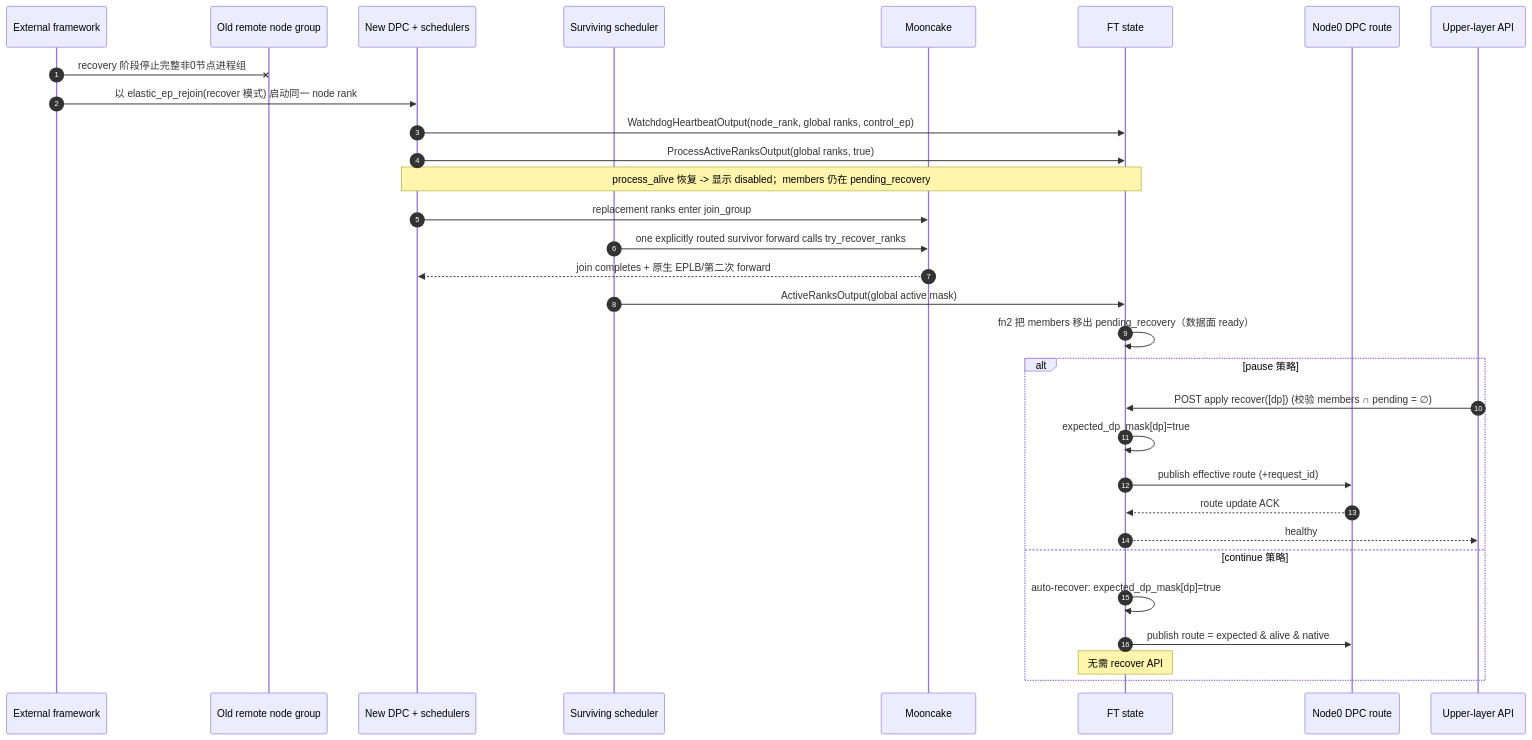
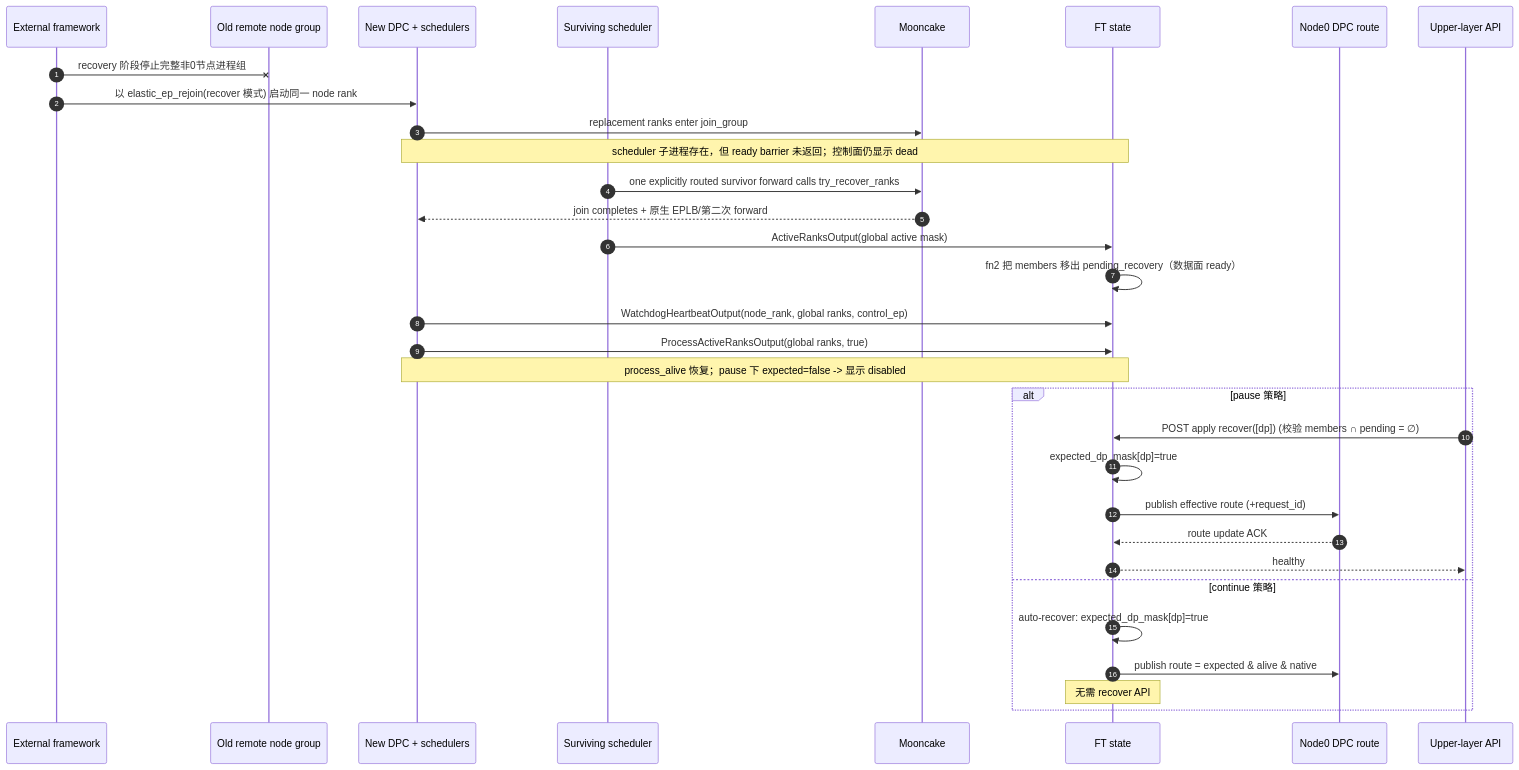
The seventh of 7 diagrams in sglang/gpu/v7/SELF_PAUSE_WHOLE_DP_FT_DESIGN.md (gaidandawang-afk/DesignDoc), drawn with Mermaid before and after one commit. The commit also changed other lines of this file, not shown here.

Commit message:
docs(sglang): align v7 rejoin with scheduler ready barrier

````diff
--- a/sglang/gpu/v7/SELF_PAUSE_WHOLE_DP_FT_DESIGN.md
+++ b/sglang/gpu/v7/SELF_PAUSE_WHOLE_DP_FT_DESIGN.md
@@ -833,34 +835,35 @@
 ```mermaid
 sequenceDiagram
     autonumber
     participant EXT as External framework
     participant OLD as Old remote node group
     participant NEW as New DPC + schedulers
     participant SUR as Surviving scheduler
     participant MC as Mooncake
     participant ST as FT state
     participant DPC as Node0 DPC route
     participant API as Upper-layer API
 
     EXT-xOLD: recovery 阶段停止完整非0节点进程组
     EXT->>NEW: 以 elastic_ep_rejoin(recover 模式) 启动同一 node rank
-    NEW->>ST: WatchdogHeartbeatOutput(node_rank, global ranks, control_ep)
-    NEW->>ST: ProcessActiveRanksOutput(global ranks, true)
-    Note over NEW,ST: process_alive 恢复 -> 显示 disabled；members 仍在 pending_recovery
     NEW->>MC: replacement ranks enter join_group
+    Note over NEW,ST: scheduler 子进程存在，但 ready barrier 未返回；控制面仍显示 dead
     SUR->>MC: one explicitly routed survivor forward calls try_recover_ranks
     MC-->>NEW: join completes + 原生 EPLB/第二次 forward
     SUR->>ST: ActiveRanksOutput(global active mask)
     ST->>ST: fn2 把 members 移出 pending_recovery（数据面 ready）
+    NEW->>ST: WatchdogHeartbeatOutput(node_rank, global ranks, control_ep)
+    NEW->>ST: ProcessActiveRanksOutput(global ranks, true)
+    Note over NEW,ST: process_alive 恢复；pause 下 expected=false -> 显示 disabled
     alt pause 策略
         API->>ST: POST apply recover([dp])  (校验 members ∩ pending = ∅)
         ST->>ST: expected_dp_mask[dp]=true
         ST->>DPC: publish effective route (+request_id)
         DPC-->>ST: route update ACK
         ST-->>API: healthy
     else continue 策略
         ST->>ST: auto-recover: expected_dp_mask[dp]=true
         ST->>DPC: publish route = expected & alive & native
         Note over ST: 无需 recover API
     end
 ```
````
